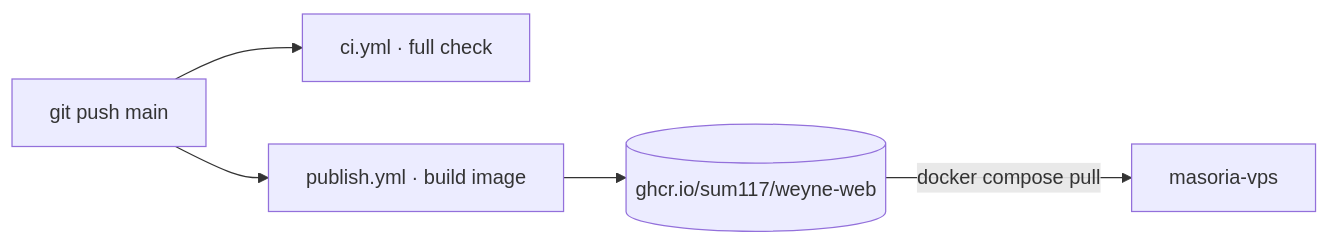
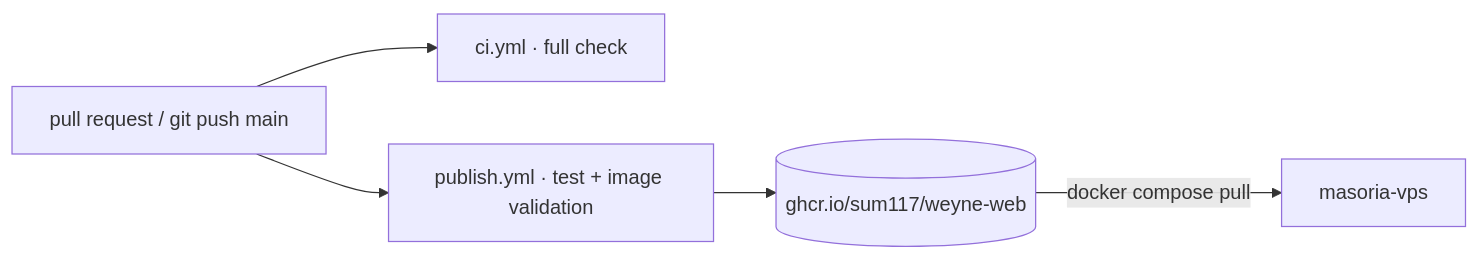
Before and after one commit to sum117/weyne-website: the second of 2 diagrams in README.md, drawn with Mermaid. The commit also changed other lines of this file and 39 other files, not shown here.

````diff
--- a/README.md
+++ b/README.md
@@ -137,7 +153,7 @@
 ```mermaid
 flowchart LR
-  push["git push main"] --> ci["ci.yml · full check"]
-  push --> pub["publish.yml · build image"]
+  push["pull request / git push main"] --> ci["ci.yml · full check"]
+  push --> pub["publish.yml · test + image validation"]
   pub --> ghcr[("ghcr.io/sum117/weyne-web")]
   ghcr -->|docker compose pull| vps["masoria-vps"]
 ```
````
